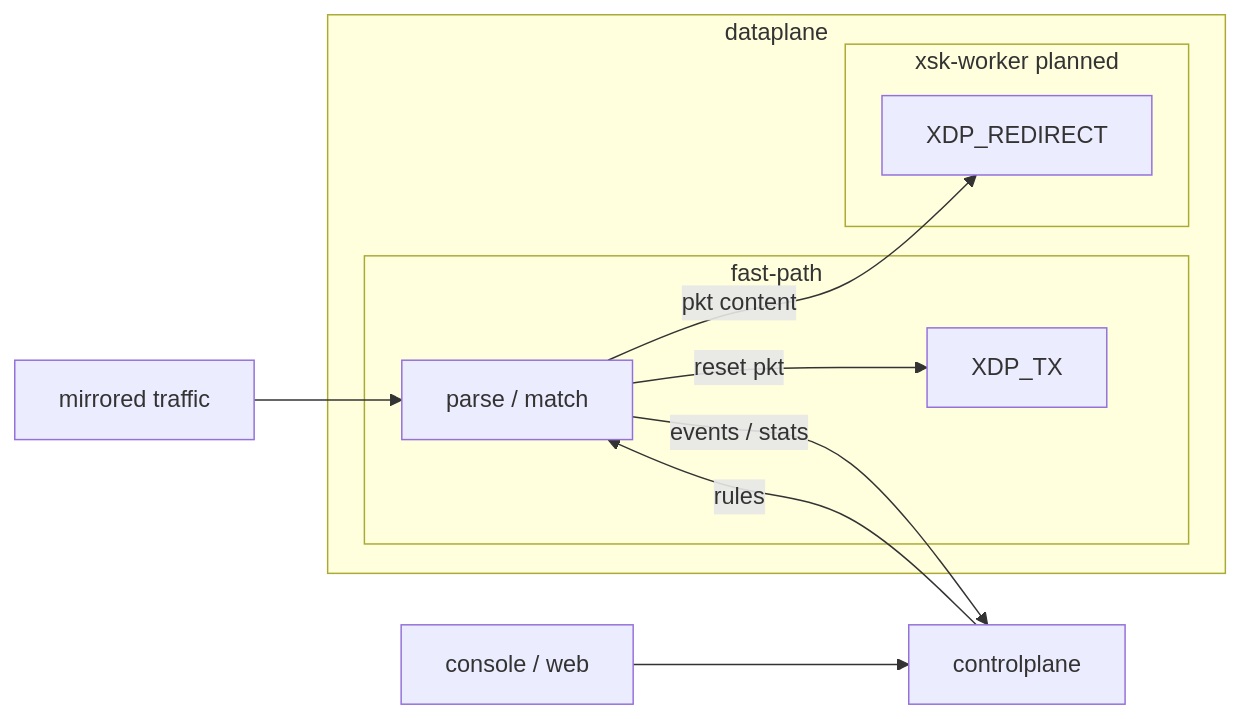
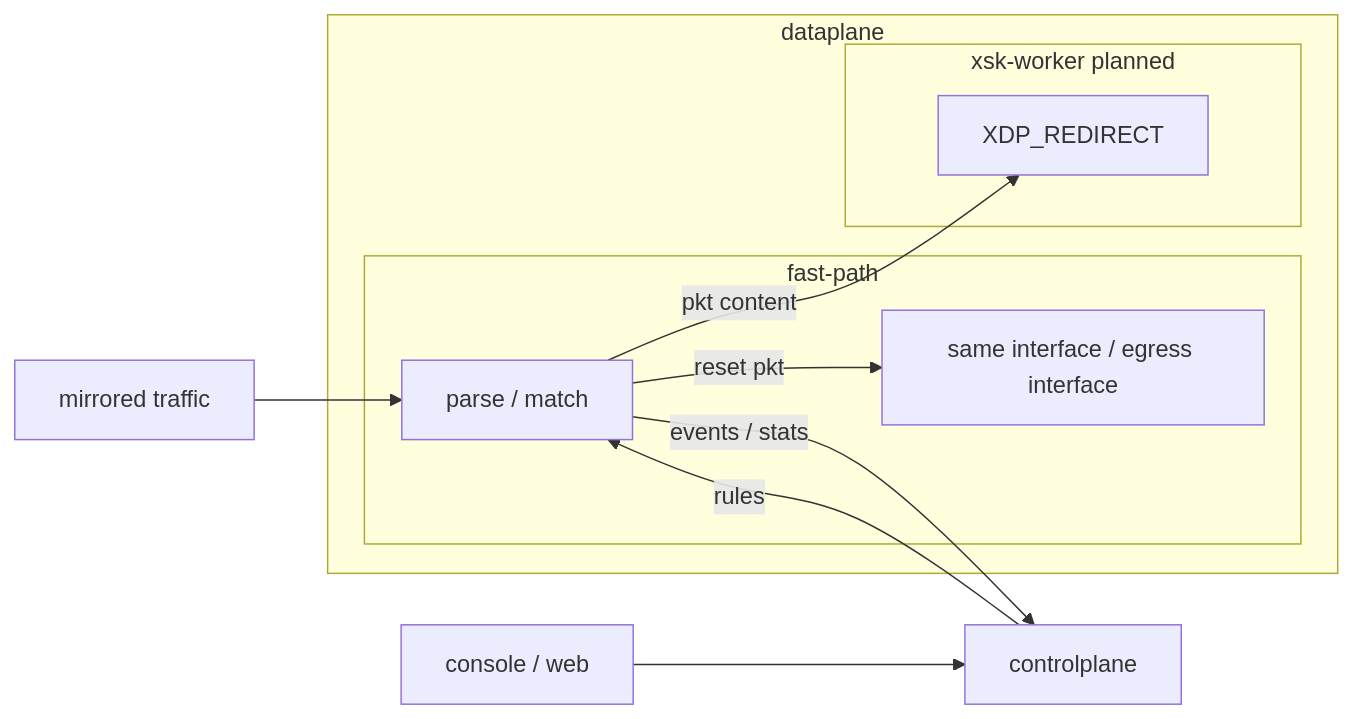
Before and after one commit to zxhio/sidersp: the diagram in README.md, drawn with Mermaid. The commit also changed other lines of this file and 29 other files, not shown here.

````diff
--- a/README.md
+++ b/README.md
@@ -18,20 +18,20 @@
 ```mermaid
 flowchart LR
     subgraph dp["dataplane"]
         subgraph fast["fast-path"]
             match["parse / match"]
-            tx["XDP_TX"]
+            tx["same interface / egress interface"]
         end
 
         subgraph xsk["xsk-worker planned"]
             redirect["XDP_REDIRECT"]
         end
     end
 
     mirror["mirrored traffic"] --> match
     match --> |reset pkt| tx
     match --> |pkt content|redirect
     match -->|events / stats| cp["controlplane"]
     cp -->|rules| match
     console["console / web"] --> cp
 ```
````
